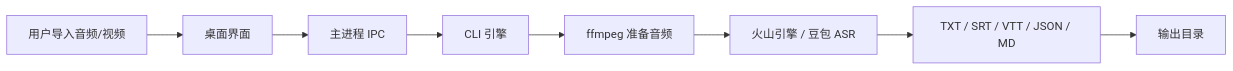
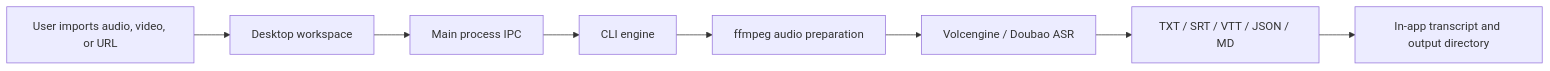
Before and after one commit to gy-0/scribestudio: the diagram in docs/desktop-architecture.md, drawn with Mermaid. The commit also changed other lines of this file and 12 other files, not shown here.

````diff
--- a/docs/desktop-architecture.md
+++ b/docs/desktop-architecture.md
@@ -18,10 +18,10 @@
 ```mermaid
 flowchart LR
-  A[用户导入音频/视频] --> B[桌面界面]
-  B --> C[主进程 IPC]
-  C --> D[CLI 引擎]
-  D --> E[ffmpeg 准备音频]
-  E --> F[火山引擎 / 豆包 ASR]
+  A[User imports audio, video, or URL] --> B[Desktop workspace]
+  B --> C[Main process IPC]
+  C --> D[CLI engine]
+  D --> E[ffmpeg audio preparation]
+  E --> F[Volcengine / Doubao ASR]
   F --> G[TXT / SRT / VTT / JSON / MD]
-  G --> H[输出目录]
+  G --> H[In-app transcript and output directory]
 ```
````
